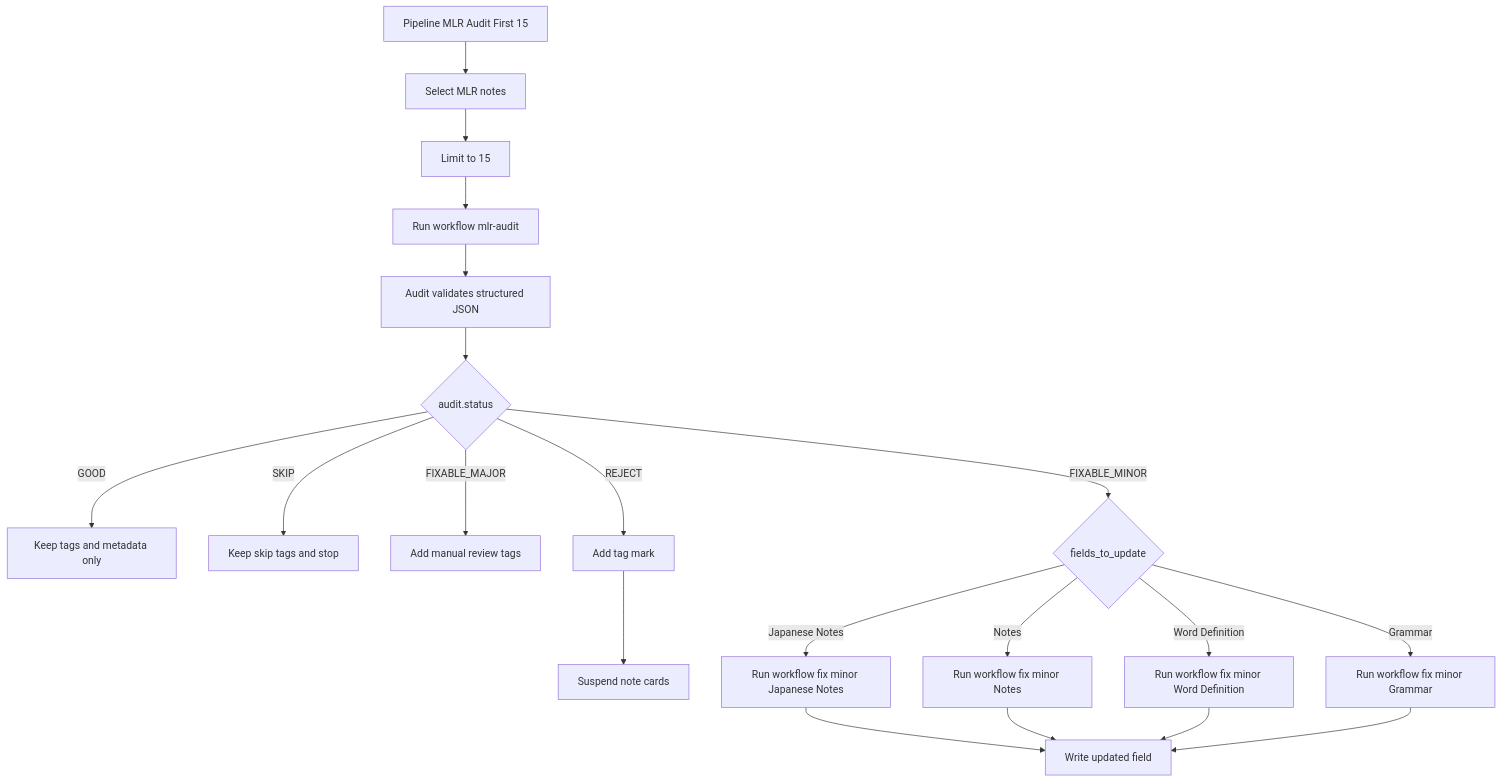
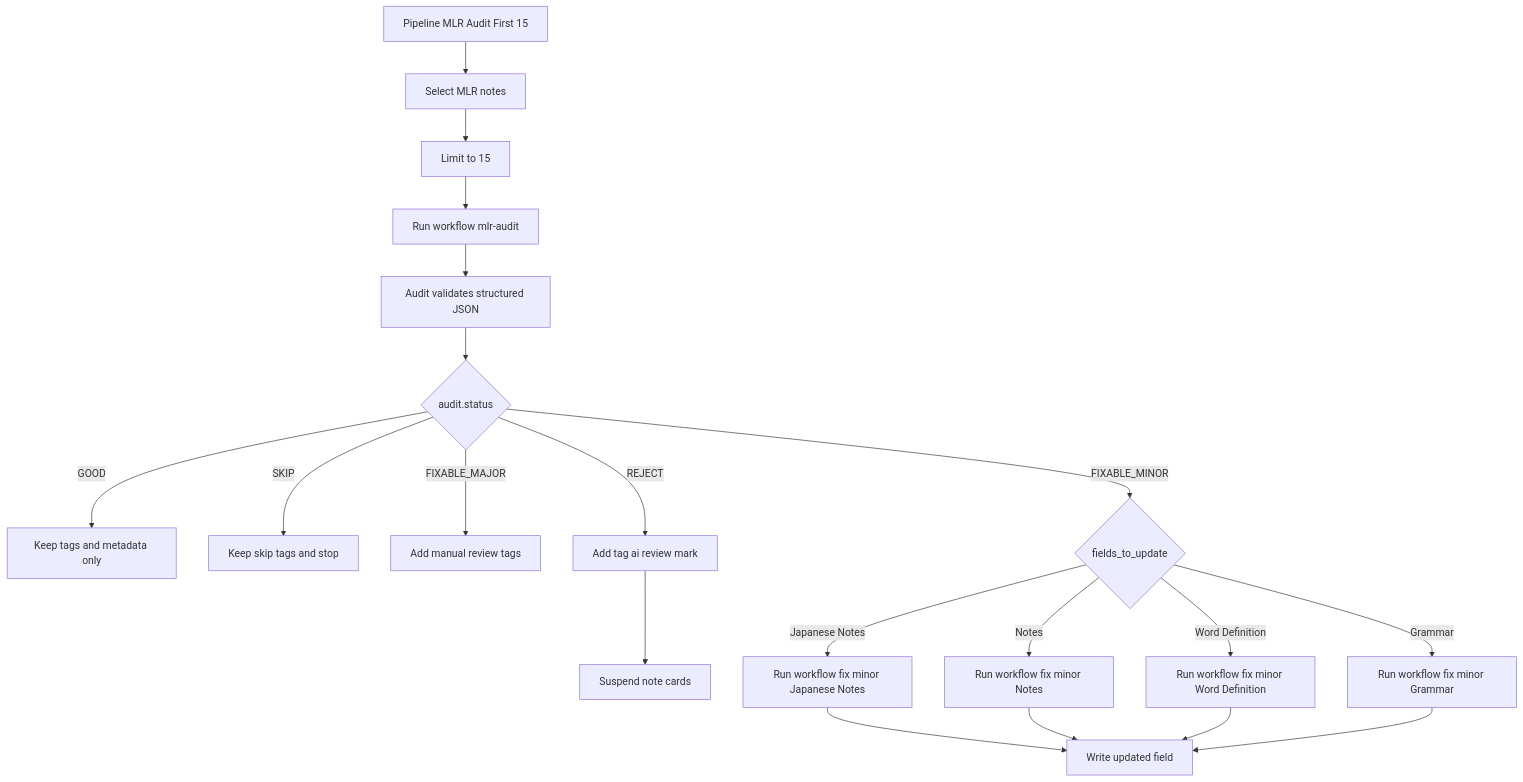
The diagram in docs/architecture/sample-user-audit-pipeline.md (moritzvitt/anki-ai-automation), drawn with Mermaid before and after one commit. The commit also changed other lines of this file and 8 other files, not shown here.

````diff
--- a/docs/architecture/sample-user-audit-pipeline.md
+++ b/docs/architecture/sample-user-audit-pipeline.md
@@ -24,26 +24,26 @@
 ```mermaid
 graph TD
     A[Pipeline MLR Audit First 15] --> B[Select MLR notes]
     B --> C[Limit to 15]
     C --> D[Run workflow mlr-audit]
     D --> E[Audit validates structured JSON]
     E --> F{audit.status}
 
     F -->|GOOD| G[Keep tags and metadata only]
     F -->|SKIP| H[Keep skip tags and stop]
     F -->|FIXABLE_MAJOR| I[Add manual review tags]
-    F -->|REJECT| J[Add tag mark]
+    F -->|REJECT| J[Add tag ai review mark]
     J --> K[Suspend note cards]
     F -->|FIXABLE_MINOR| L{fields_to_update}
 
     L -->|Japanese Notes| M[Run workflow fix minor Japanese Notes]
     L -->|Notes| N[Run workflow fix minor Notes]
     L -->|Word Definition| O[Run workflow fix minor Word Definition]
     L -->|Grammar| P[Run workflow fix minor Grammar]
 
     M --> Q[Write updated field]
     N --> Q
     O --> Q
     P --> Q
 
 ```
````
